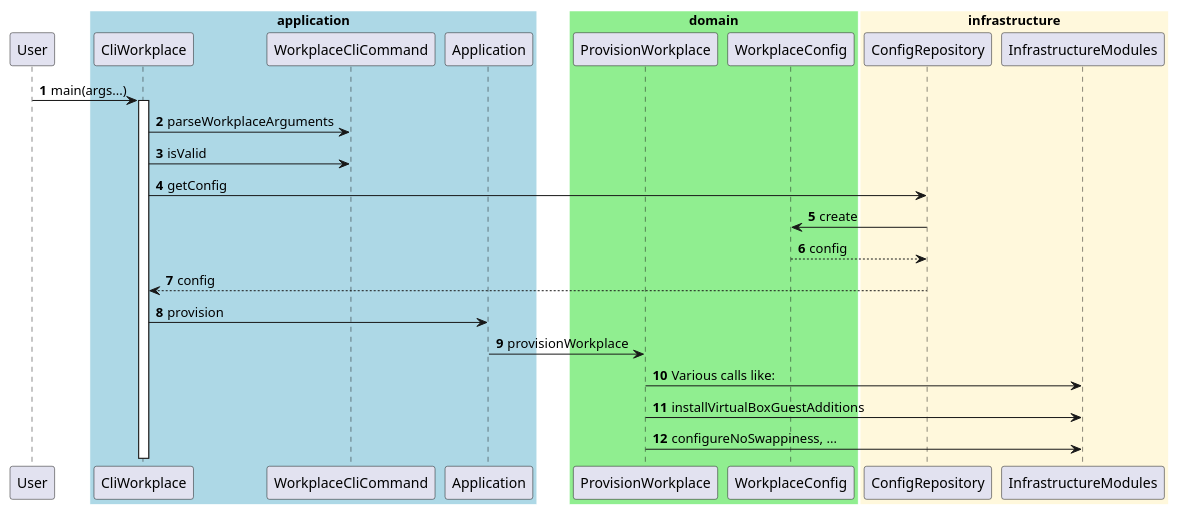
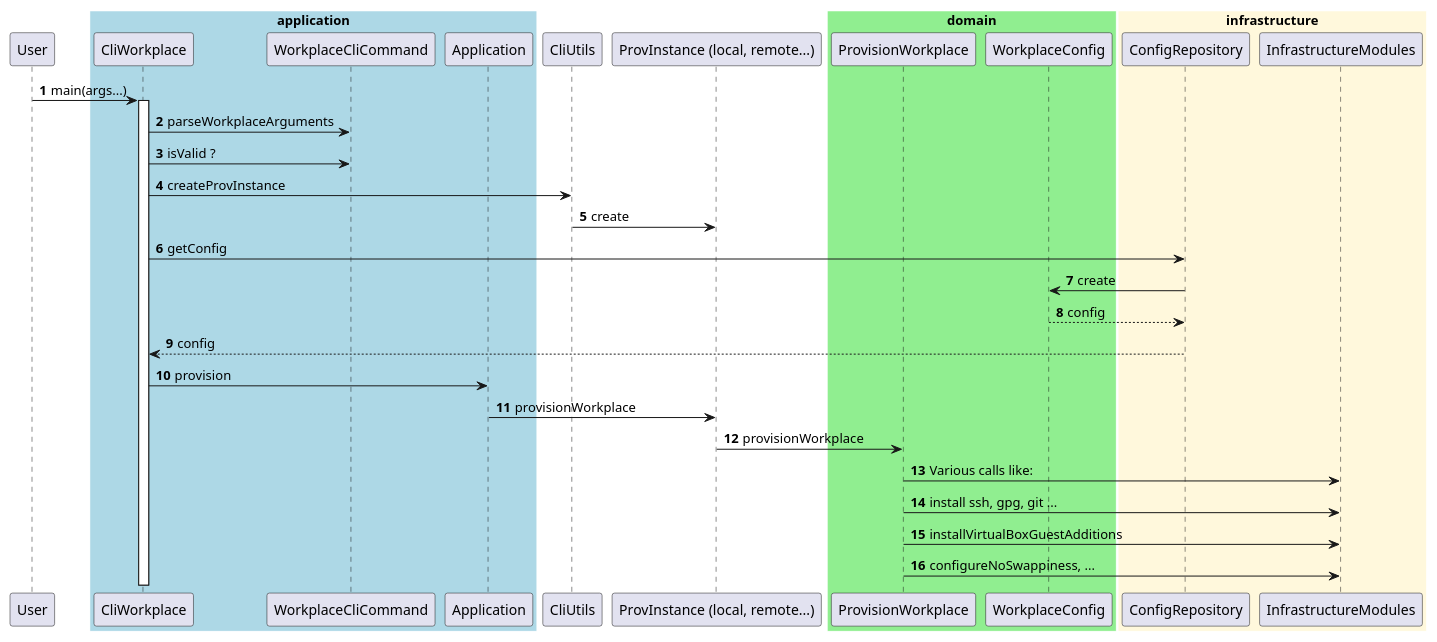
The diagram in docs/CliApplication.puml (DomainDrivenArchitecture/provs), drawn with PlantUML before and after one commit.

Commit message:
[skip ci] improve CliApplication.puml

```diff
--- a/docs/CliApplication.puml
+++ b/docs/CliApplication.puml
@@ -1,52 +1,64 @@
 @startuml
 
 autonumber
 
 skinparam sequenceBox {
      borderColor White
 }
 
 participant User
 
 box "application" #LightBlue
 
 participant CliWorkplace
 participant WorkplaceCliCommand
 participant Application
+
+end box
+
+box  #White
+
+participant CliUtils
+participant "ProvInstance (local, remote...)" as ProvInstance
 
 end box
 
 box "domain" #LightGreen
 
 participant ProvisionWorkplace
 participant WorkplaceConfig
 
 end box
 
 box "infrastructure" #CornSilk
 
 participant ConfigRepository
 participant InfrastructureModules
 
 end box
 
 
 User -> CliWorkplace ++ : main(args...)
 
 CliWorkplace -> WorkplaceCliCommand : parseWorkplaceArguments
 
-CliWorkplace -> WorkplaceCliCommand : isValid
+CliWorkplace -> WorkplaceCliCommand : isValid ?
+
+CliWorkplace -> CliUtils : createProvInstance
+ProvInstance <- CliUtils : create
 
 CliWorkplace -> ConfigRepository : getConfig
 WorkplaceConfig <- ConfigRepository : create
 WorkplaceConfig --> ConfigRepository : config
 CliWorkplace <-- ConfigRepository : config
 
 CliWorkplace -> Application : provision
-Application -> ProvisionWorkplace : provisionWorkplace
+Application -> ProvInstance : provisionWorkplace
+ProvInstance -> ProvisionWorkplace : provisionWorkplace
 
 ProvisionWorkplace -> InfrastructureModules: Various calls like:
+ProvisionWorkplace -> InfrastructureModules: install ssh, gpg, git ...
 ProvisionWorkplace -> InfrastructureModules: installVirtualBoxGuestAdditions
 ProvisionWorkplace -> InfrastructureModules: configureNoSwappiness, ...
 
 @enduml
```
